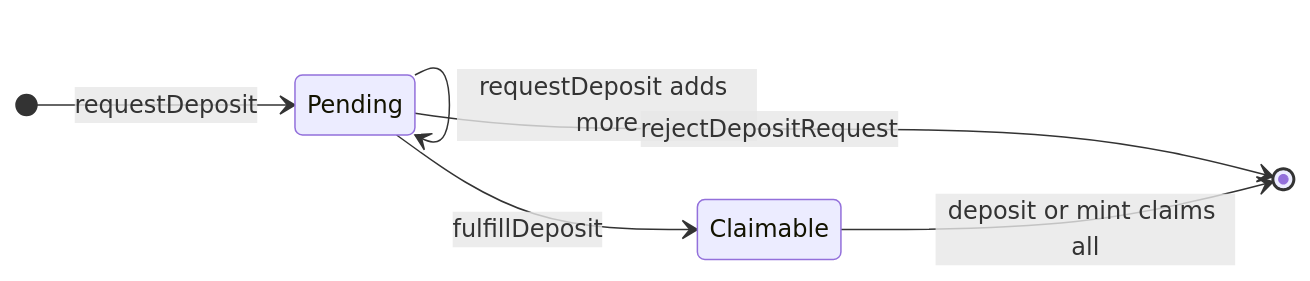
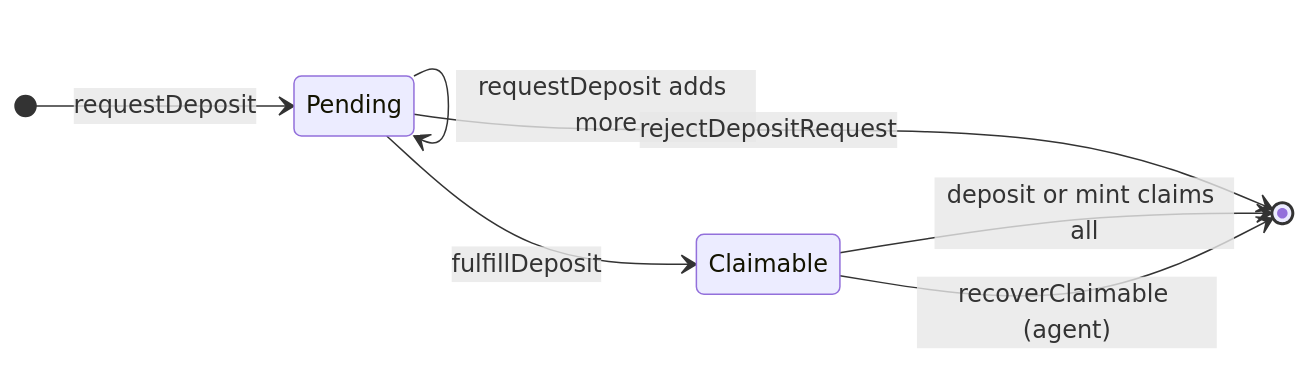
One commit to fepvenancio/rwa-token changed the fifth of 6 diagrams in docs/flows-vaults.md. Above: the diagram before and after it, drawn with Mermaid. The commit also changed other lines of this file and 7 other files, not shown here.

Commit message:
docs: guides updated for v0.2.0 (recovery timelock, plain-transfer rejects, claim-time checks, recoverClaimable, full-delegate operators)

````diff
--- a/docs/flows-vaults.md
+++ b/docs/flows-vaults.md
@@ -234,9 +240,10 @@
 ```mermaid
 stateDiagram-v2
   direction LR
   [*] --> Pending: requestDeposit
   Pending --> Pending: requestDeposit adds more
   Pending --> Claimable: fulfillDeposit
   Pending --> [*]: rejectDepositRequest
   Claimable --> [*]: deposit or mint claims all
+  Claimable --> [*]: recoverClaimable (agent)
 ```
````
